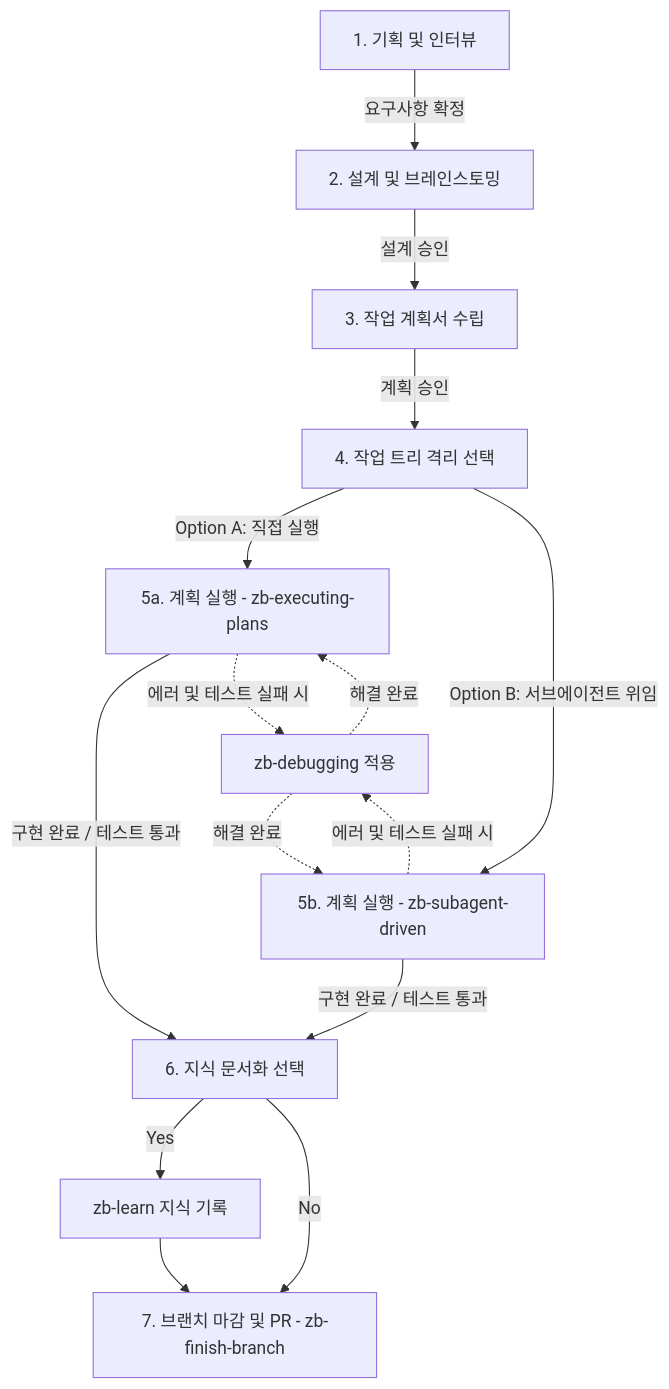
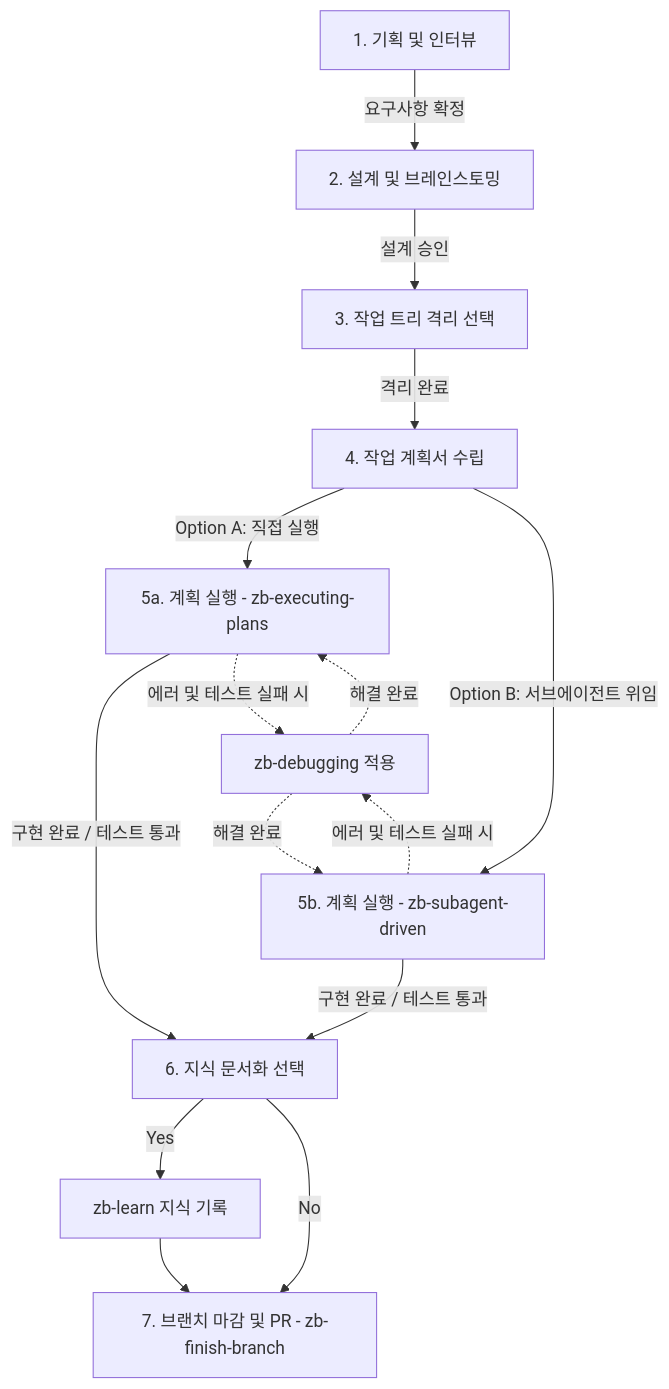
The diagram in AGENTS.md (kanziman/mono-repo), drawn with Mermaid before and after one commit. The commit also changed other lines of this file, not shown here.

Commit message:
docs(repo): swap worktree isolation and plan writing steps in workflow

````diff
--- a/AGENTS.md
+++ b/AGENTS.md
@@ -77,15 +77,15 @@
 ```mermaid
 graph TD
     A[1. 기획 및 인터뷰] -->|요구사항 확정| B[2. 설계 및 브레인스토밍]
-    B -->|설계 승인| C[3. 작업 계획서 수립]
-    C -->|계획 승인| D[4. 작업 트리 격리 선택]
+    B -->|설계 승인| C[3. 작업 트리 격리 선택]
+    C -->|격리 완료| D[4. 작업 계획서 수립]
     D -->|Option A: 직접 실행| E[5a. 계획 실행 - zb-executing-plans]
     D -->|Option B: 서브에이전트 위임| F[5b. 계획 실행 - zb-subagent-driven]
     E & F -->|구현 완료 / 테스트 통과| G[6. 지식 문서화 선택]
     G -->|Yes| H[zb-learn 지식 기록]
     G -->|No| I[7. 브랜치 마감 및 PR - zb-finish-branch]
     H --> I
     
     E & F -.->|에러 및 테스트 실패 시| J[zb-debugging 적용]
     J -.->|해결 완료| E & F
 ```
````
